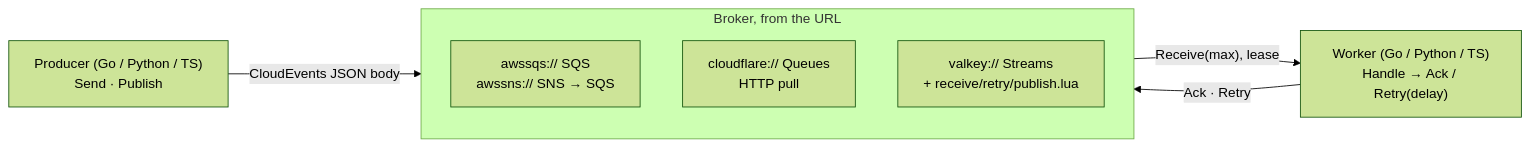
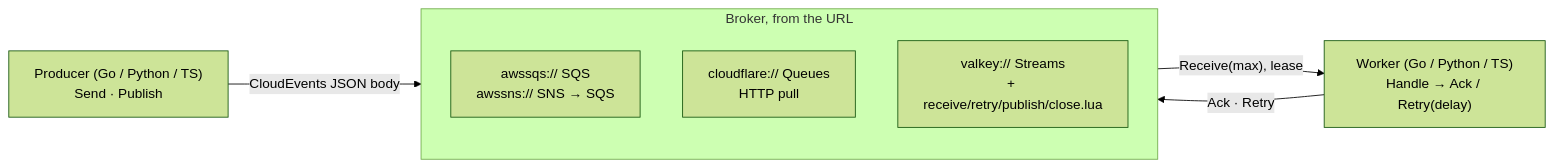
One commit to Pandoks/pandoks.com changed the diagram in packages/queue/README.md. Above: the diagram before and after it, drawn with Mermaid (forest theme). The commit also changed other lines of this file and 14 other files, not shown here.

````diff
--- a/packages/queue/README.md
+++ b/packages/queue/README.md
@@ -10,11 +10,11 @@
 ```mermaid
 graph LR
   P["Producer (Go / Python / TS)<br/>Send · Publish"] -->|CloudEvents JSON body| B
   subgraph B[Broker, from the URL]
     SQS["awssqs:// SQS<br/>awssns:// SNS → SQS"]
     CF["cloudflare:// Queues<br/>HTTP pull"]
-    V["valkey:// Streams<br/>+ receive/retry/publish.lua"]
+    V["valkey:// Streams<br/>+ receive/retry/publish/close.lua"]
   end
   B -->|"Receive(max), lease"| W["Worker (Go / Python / TS)<br/>Handle → Ack / Retry(delay)"]
   W -->|"Ack · Retry"| B
 ```
````
